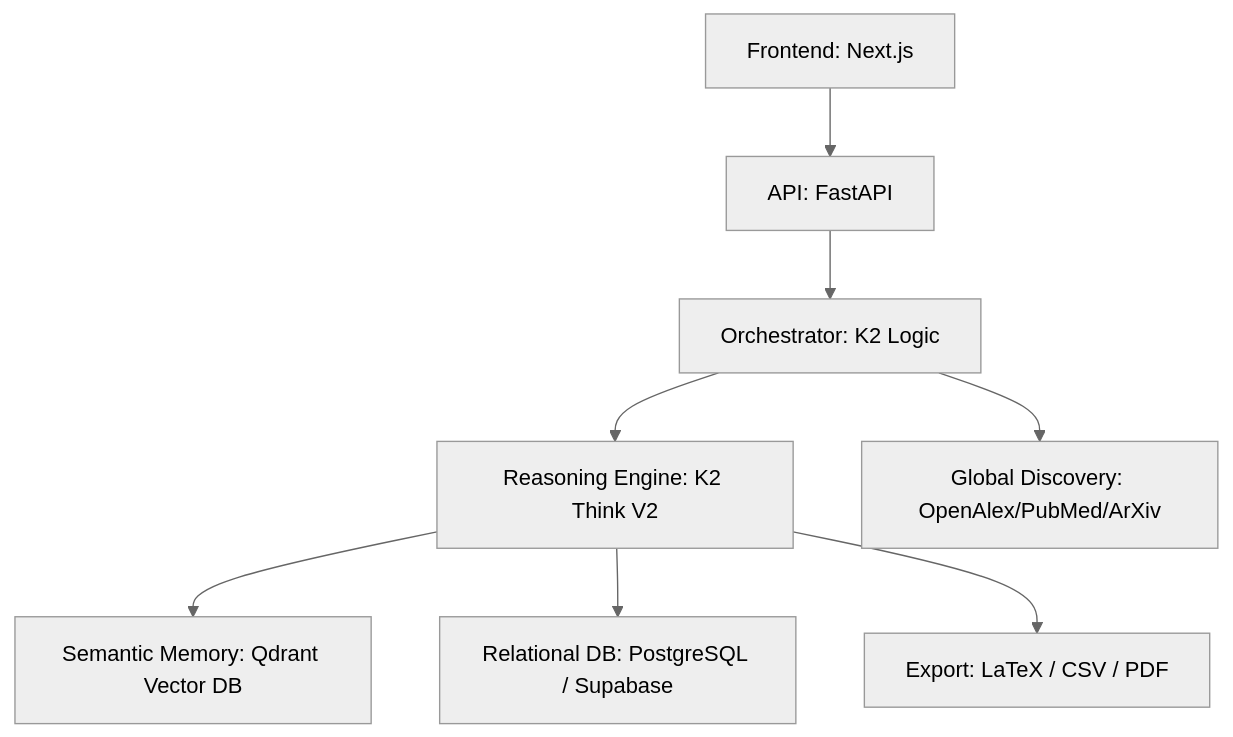
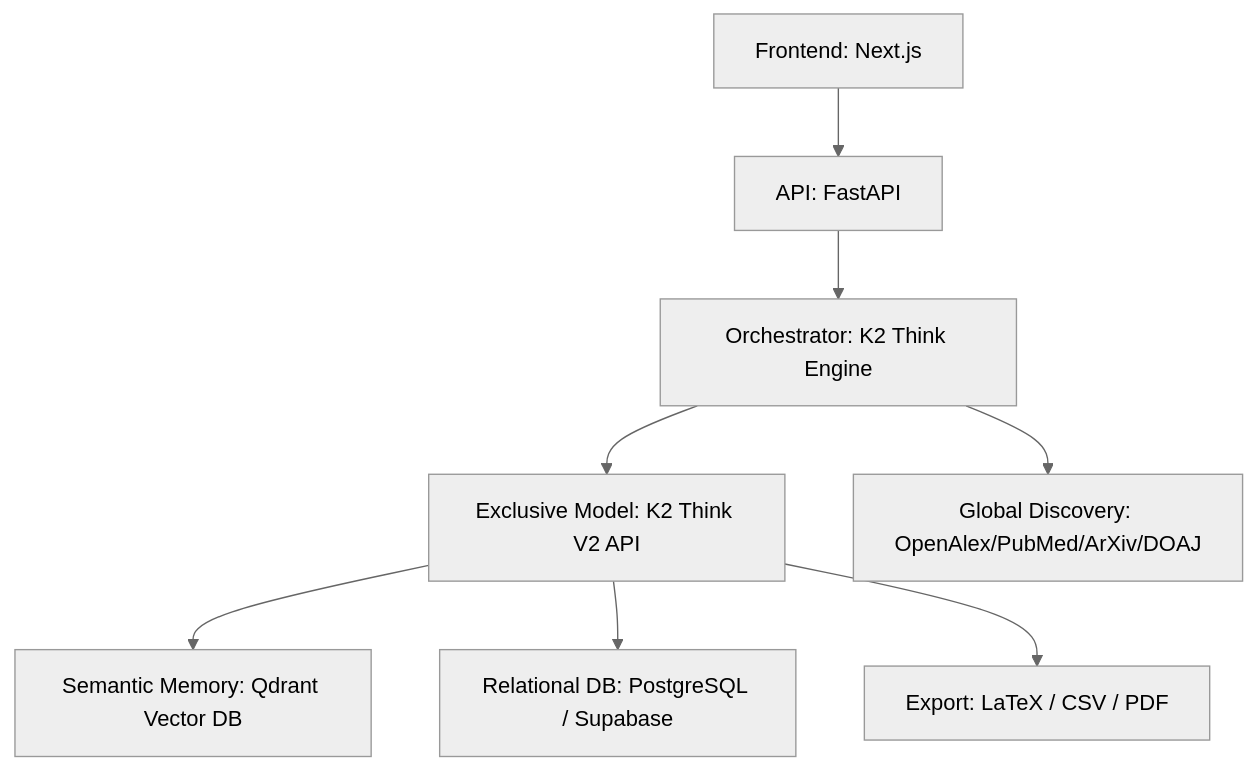
One commit to Damasoumana1/ai-scientific-coinvestigator-backend changed the diagram in README.md. Above: the diagram before and after it, drawn with Mermaid (neutral theme). The commit also changed other lines of this file and 2 other files, not shown here.

Commit message:
docs: finalize architecture documentation and ensure exclusive K2 Think model integration

````diff
--- a/README.md
+++ b/README.md
@@ -52,10 +63,10 @@
 ```mermaid
 graph TD
     A[Frontend: Next.js] --> B[API: FastAPI]
-    B --> C[Orchestrator: K2 Logic]
-    C --> D[Reasoning Engine: K2 Think V2]
+    B --> C[Orchestrator: K2 Think Engine]
+    C --> D[Exclusive Model: K2 Think V2 API]
     D --> E[Semantic Memory: Qdrant Vector DB]
     D --> F[Relational DB: PostgreSQL / Supabase]
-    C --> G[Global Discovery: OpenAlex/PubMed/ArXiv]
+    C --> G[Global Discovery: OpenAlex/PubMed/ArXiv/DOAJ]
     D --> H[Export: LaTeX / CSV / PDF]
 ```
````
